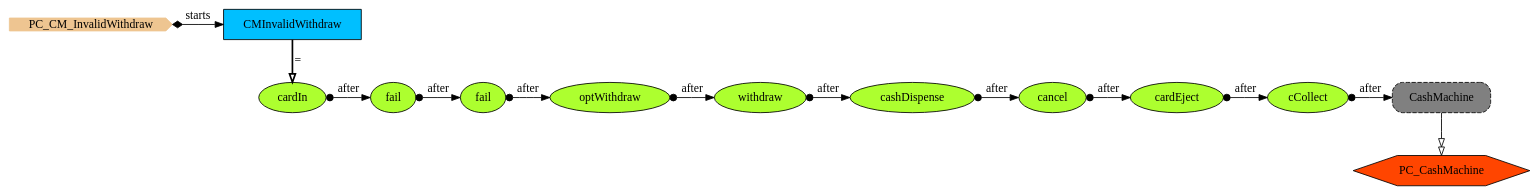
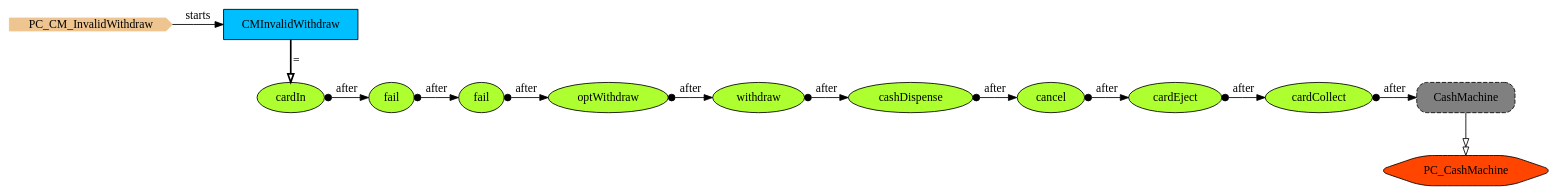
The diagram in Haskell/PCs/Examples/img/PC_CM_InvalidWithdraw.gv (namalio/Fragmenta), drawn with Graphviz before and after one commit. The commit also changed 265 other files, not shown here.

```diff
--- a/Haskell/PCs/Examples/img/PC_CM_InvalidWithdraw.gv
+++ b/Haskell/PCs/Examples/img/PC_CM_InvalidWithdraw.gv
@@ -1,39 +1,38 @@
 digraph {
+
 StartN_ [shape = cds,color=burlywood2,style=filled,height=.2,width=.2, label =PC_CM_InvalidWithdraw];
-PC_CashMachine [shape=hexagon,fillcolor=orangered,style=filled,label =PC_CashMachine];
+
+CMInvalidWithdraw [shape=box,fillcolor=deepskyblue,style = filled,label="CMInvalidWithdraw"];
+fail [shape=ellipse,fillcolor=greenyellow,style=filled,label="fail"];
+optWithdraw [shape=ellipse,fillcolor=greenyellow,style=filled,label="optWithdraw"];
+cashDispense [shape=ellipse,fillcolor=greenyellow,style=filled,label="cashDispense"];
+cardEject [shape=ellipse,fillcolor=greenyellow,style=filled,label="cardEject"];
 RefCashMachine [shape=rectangle,fillcolor=gray,style="rounded,filled,dashed",label="CashMachine "];
-cCollect [shape=ellipse,fillcolor=greenyellow,style = filled,label="cCollect"];
-cardEject [shape=ellipse,fillcolor=greenyellow,style = filled,label="cardEject"];
-cancel [shape=ellipse,fillcolor=greenyellow,style = filled,label="cancel"];
-cashDispense [shape=ellipse,fillcolor=greenyellow,style = filled,label="cashDispense"];
-withdraw [shape=ellipse,fillcolor=greenyellow,style = filled,label="withdraw"];
-optWithdraw [shape=ellipse,fillcolor=greenyellow,style = filled,label="optWithdraw"];
-fail2 [shape=ellipse,fillcolor=greenyellow,style = filled,label="fail"];
-fail [shape=ellipse,fillcolor=greenyellow,style = filled,label="fail"];
-cardIn [shape=ellipse,fillcolor=greenyellow,style = filled,label="cardIn"];
-CMInvalidWithdraw [shape=box,fillcolor=deepskyblue,style = filled,label="CMInvalidWithdraw "];
+CMI [shape=hexagon,fillcolor=orangered,style="filled,rounded",label =PC_CashMachine];
+cardCollect [shape=ellipse,fillcolor=greenyellow,style=filled,label="cardCollect"];
+cancel [shape=ellipse,fillcolor=greenyellow,style=filled,label="cancel"];
+withdraw [shape=ellipse,fillcolor=greenyellow,style=filled,label="withdraw"];
+fail2 [shape=ellipse,fillcolor=greenyellow,style=filled,label="fail"];
+cardIn [shape=ellipse,fillcolor=greenyellow,style=filled,label="cardIn"];
 
-{rank=min;StartN_,CMInvalidWithdraw}
-{rank=same;cardIn,fail,fail2,optWithdraw,withdraw,cashDispense,cancel,cardEject,cCollect,RefCashMachine}
-{rank=same;fail,fail2,optWithdraw,withdraw,cashDispense,cancel,cardEject,cCollect,RefCashMachine}
-{rank=same;fail2,optWithdraw,withdraw,cashDispense,cancel,cardEject,cCollect,RefCashMachine}
-{rank=same;optWithdraw,withdraw,cashDispense,cancel,cardEject,cCollect,RefCashMachine}
-{rank=same;withdraw,cashDispense,cancel,cardEject,cCollect,RefCashMachine}
-{rank=same;cashDispense,cancel,cardEject,cCollect,RefCashMachine}
-{rank=same;cancel,cardEject,cCollect,RefCashMachine}
-{rank=same;cardEject,cCollect,RefCashMachine}
-{rank=same;cCollect,RefCashMachine}
+{rank=same;RefCashMachine,cardCollect}
+{rank=same;RefCashMachine,cardCollect,cardEject}
+{rank=same;cardCollect,RefCashMachine,cardEject,cancel,cashDispense}
+{rank=same;RefCashMachine,cardCollect,cardEject,cancel,cashDispense,withdraw,optWithdraw}
+{rank=same;cancel,RefCashMachine,cardCollect,cardEject,withdraw,cashDispense,optWithdraw,fail2,fail}
+{rank=same;RefCashMachine,cardEject,cardCollect,cancel,cashDispense,withdraw,optWithdraw,fail2,fail,cardIn}
+{rank=same;CMInvalidWithdraw,StartN_}
 
-cCollect->RefCashMachine[arrowtail=dot,dir=both,label="after"];
-RefCashMachine->PC_CashMachine[arrowhead="normalnormal",fillcolor=white,label=" "];
-cardEject->cCollect[arrowtail=dot,dir=both,label="after"];
-cancel->cardEject[arrowtail=dot,dir=both,label="after"];
+cardCollect->RefCashMachine[arrowtail=dot,dir=both,label="after"];
+cardEject->cardCollect[arrowtail=dot,dir=both,label="after"];
 cashDispense->cancel[arrowtail=dot,dir=both,label="after"];
-withdraw->cashDispense[arrowtail=dot,dir=both,label="after"];
 optWithdraw->withdraw[arrowtail=dot,dir=both,label="after"];
-fail2->optWithdraw[arrowtail=dot,dir=both,label="after"];
 fail->fail2[arrowtail=dot,dir=both,label="after"];
 cardIn->fail[arrowtail=dot,dir=both,label="after"];
-StartN_->CMInvalidWithdraw[arrowtail=diamond,dir=both,label="starts"];
+fail2->optWithdraw[arrowtail=dot,dir=both,label="after"];
+withdraw->cashDispense[arrowtail=dot,dir=both,label="after"];
+cancel->cardEject[arrowtail=dot,dir=both,label="after"];
+RefCashMachine->CMI[arrowhead="normalnormal",fillcolor=white,label=" "];
 CMInvalidWithdraw->cardIn[arrowhead="onormal",penwidth=2,label="="];
+StartN_->CMInvalidWithdraw[label="starts"];
 }
```
